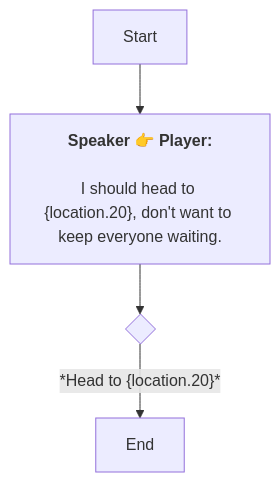
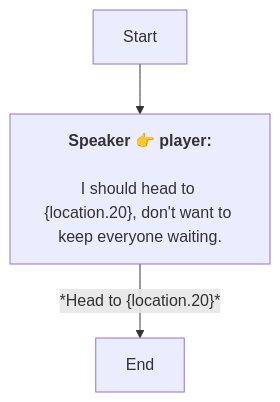
One commit to SoftHu/tos_avg changed the diagram in En/QuestStartTalkENode_1741807069284794.md. Above: the diagram before and after it, drawn with Mermaid. The commit also changed 737 other files, not shown here.

````diff
--- a/En/QuestStartTalkENode_1741807069284794.md
+++ b/En/QuestStartTalkENode_1741807069284794.md
@@ -1,9 +1,7 @@
 ```mermaid
 graph
-Start -->1741807087283645[<b>Speaker 👉 Player:</b>
+Start -->1741807087283645[<b>Speaker 👉 player:</b>
+\nI should head to &lbrace;location.20&rbrace;, don't want to keep everyone waiting.]
+1741807087283645 -->|*Head to &lbrace;location.20&rbrace;*|1741807120502209[End]
 
-I should head to &lbrace;location.20&rbrace;, don't want to keep everyone waiting.]
-1741807087283645 -->1741807109361086{ }
-1741807109361086 -->|*Head to &lbrace;location.20&rbrace;*|1741807120502209[End]
-
- ```
+```
````
